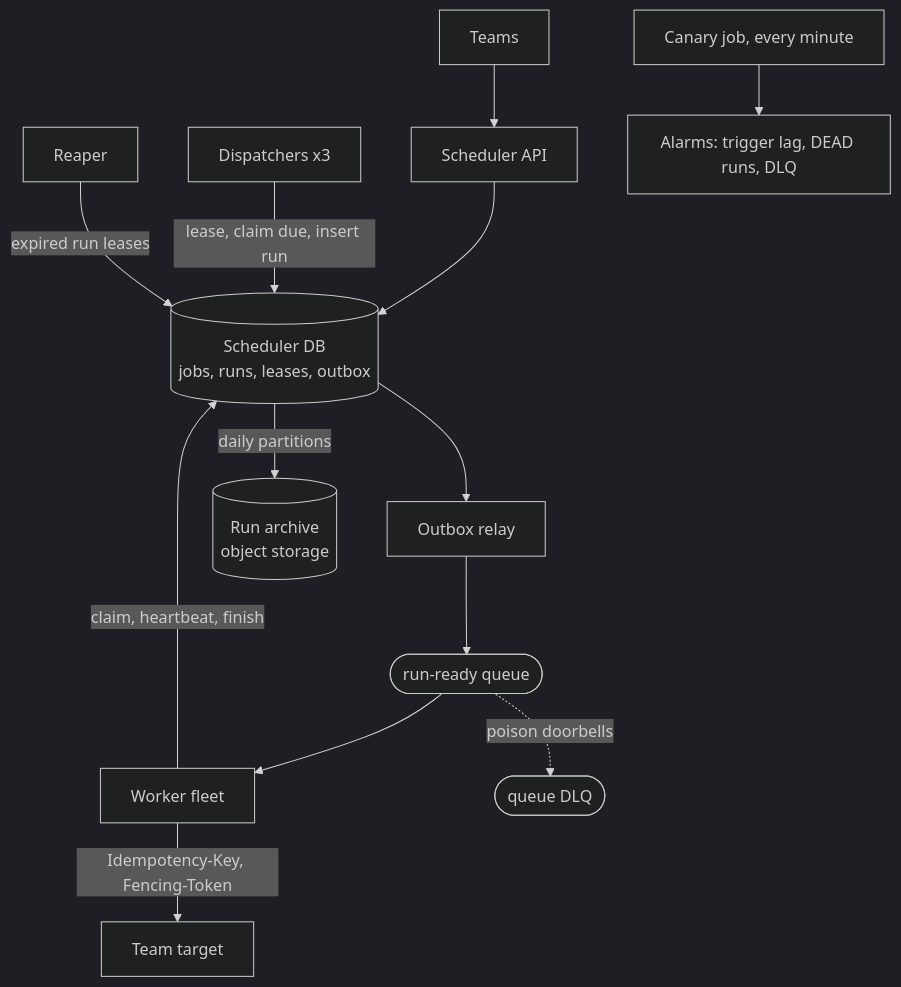
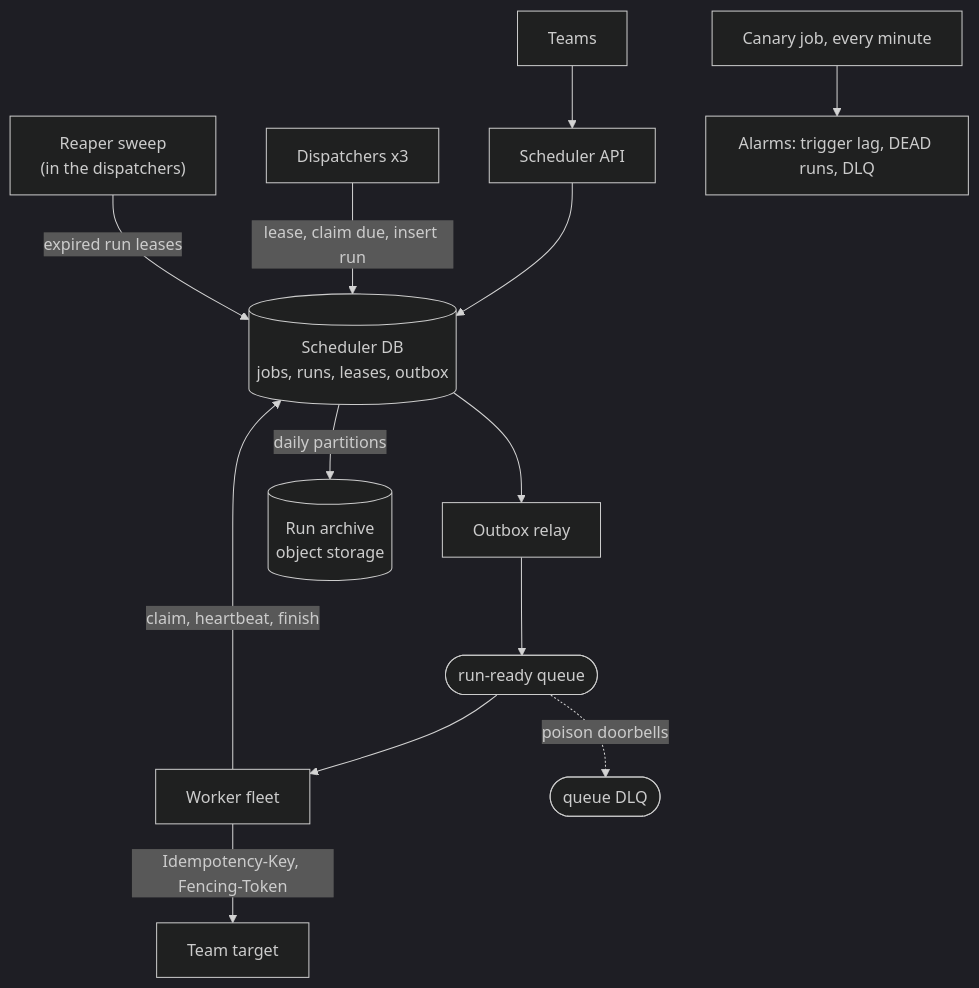
One commit to EdwinKassier/Ashes-Devops-Tools changed the second of 3 diagrams in examples/system-design/18-distributed-job-scheduler.md. Above: the diagram before and after it, drawn with Mermaid (dark theme). The commit also changed other lines of this file, not shown here.

````diff
--- a/examples/system-design/18-distributed-job-scheduler.md
+++ b/examples/system-design/18-distributed-job-scheduler.md
@@ -152,15 +152,15 @@
 ```mermaid
 graph TB
     teams["Teams"] --> api["Scheduler API"]
     api --> shard[("Scheduler DB<br/>jobs, runs, leases, outbox")]
     disp["Dispatchers x3"] -->|"lease, claim due, insert run"| shard
-    reaper["Reaper"] -->|"expired run leases"| shard
+    reaper["Reaper sweep<br/>(in the dispatchers)"] -->|"expired run leases"| shard
     shard --> relay["Outbox relay"]
     relay --> q(["run-ready queue"])
     q --> workers["Worker fleet"]
     q -.->|"poison doorbells"| qdlq(["queue DLQ"])
     workers -->|"claim, heartbeat, finish"| shard
     workers -->|"Idempotency-Key, Fencing-Token"| target["Team target"]
     canary["Canary job, every minute"] --> mon["Alarms: trigger lag, DEAD runs, DLQ"]
     shard -->|"daily partitions"| archive[("Run archive<br/>object storage")]
 ```
````
